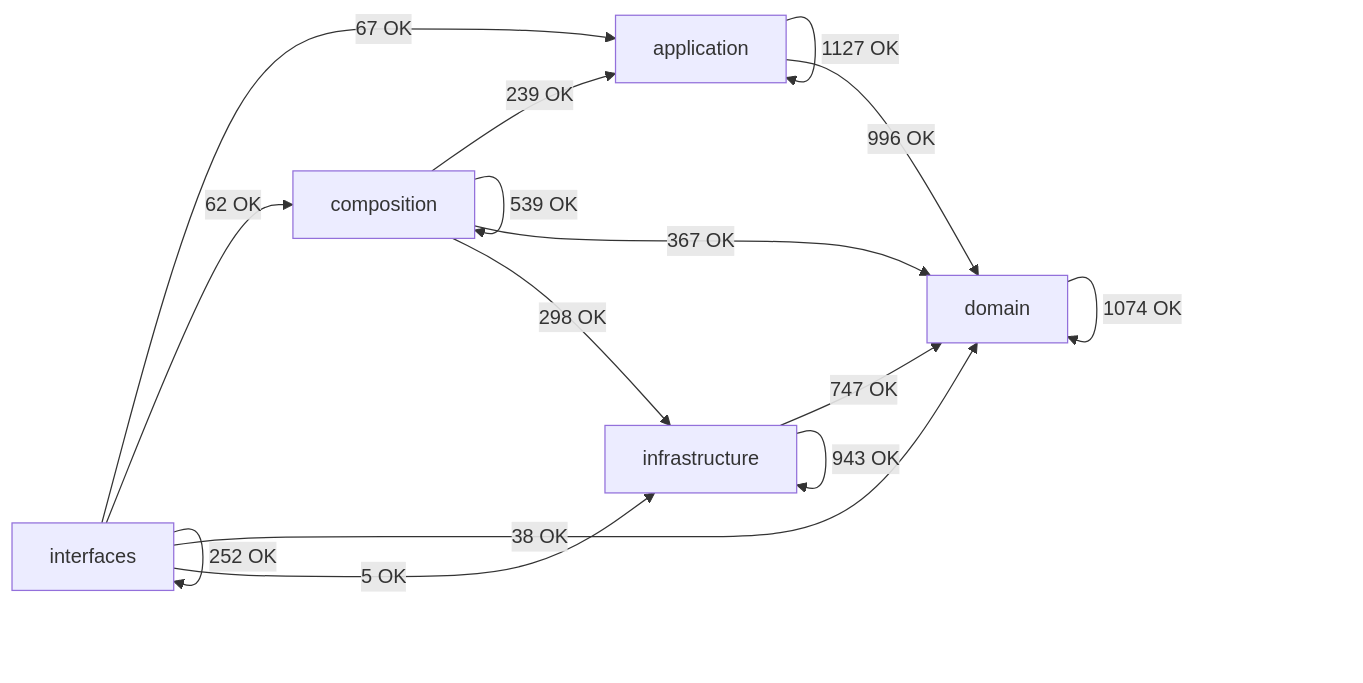
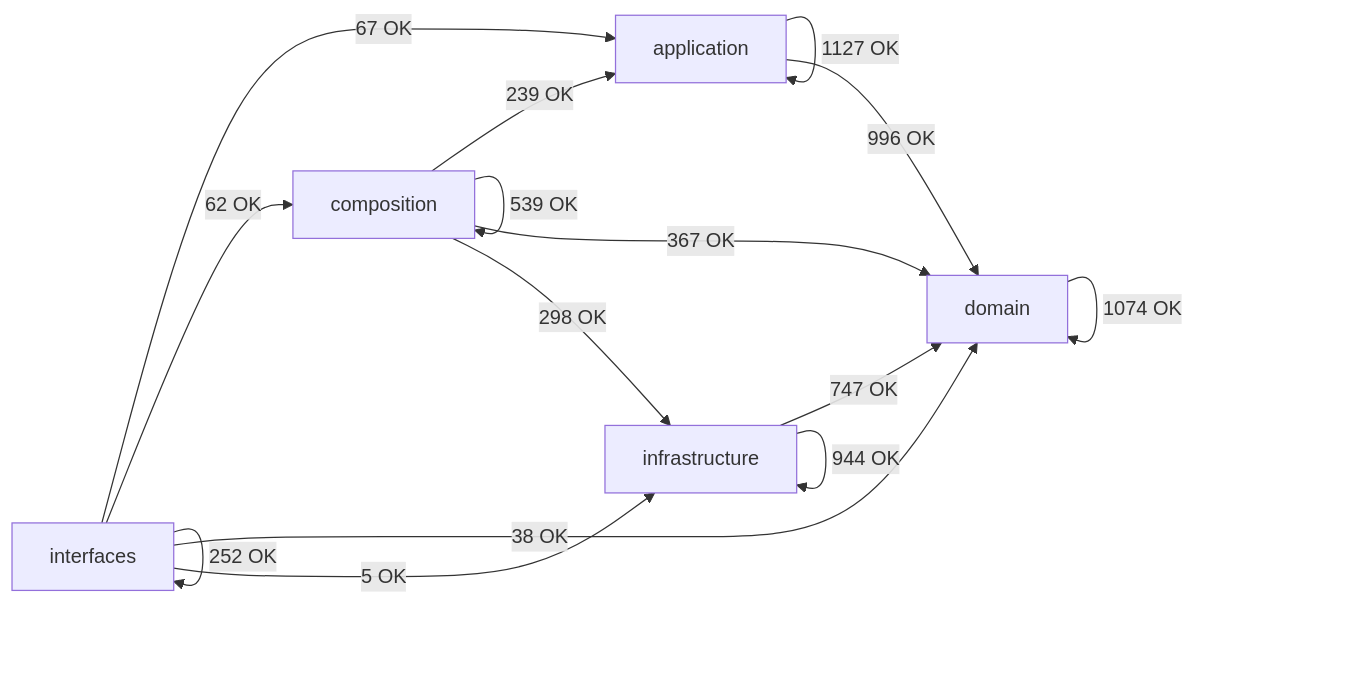
One commit to SatoryKono/BioactivityDataAcquisition changed the diagram in docs/02-architecture/generated/module-dependency-map.md. Above: the diagram before and after it, drawn with Mermaid. The commit also changed other lines of this file and 4 other files, not shown here.

````diff
--- a/docs/02-architecture/generated/module-dependency-map.md
+++ b/docs/02-architecture/generated/module-dependency-map.md
@@ -17,22 +17,22 @@
 ```mermaid
 flowchart LR
     domain[domain]
     application[application]
     infrastructure[infrastructure]
     composition[composition]
     interfaces[interfaces]
     application -->|1127 OK| application
     application -->|996 OK| domain
     composition -->|239 OK| application
     composition -->|539 OK| composition
     composition -->|367 OK| domain
     composition -->|298 OK| infrastructure
     domain -->|1074 OK| domain
     infrastructure -->|747 OK| domain
-    infrastructure -->|943 OK| infrastructure
+    infrastructure -->|944 OK| infrastructure
     interfaces -->|67 OK| application
     interfaces -->|62 OK| composition
     interfaces -->|38 OK| domain
     interfaces -->|5 OK| infrastructure
     interfaces -->|252 OK| interfaces
 ```
````
